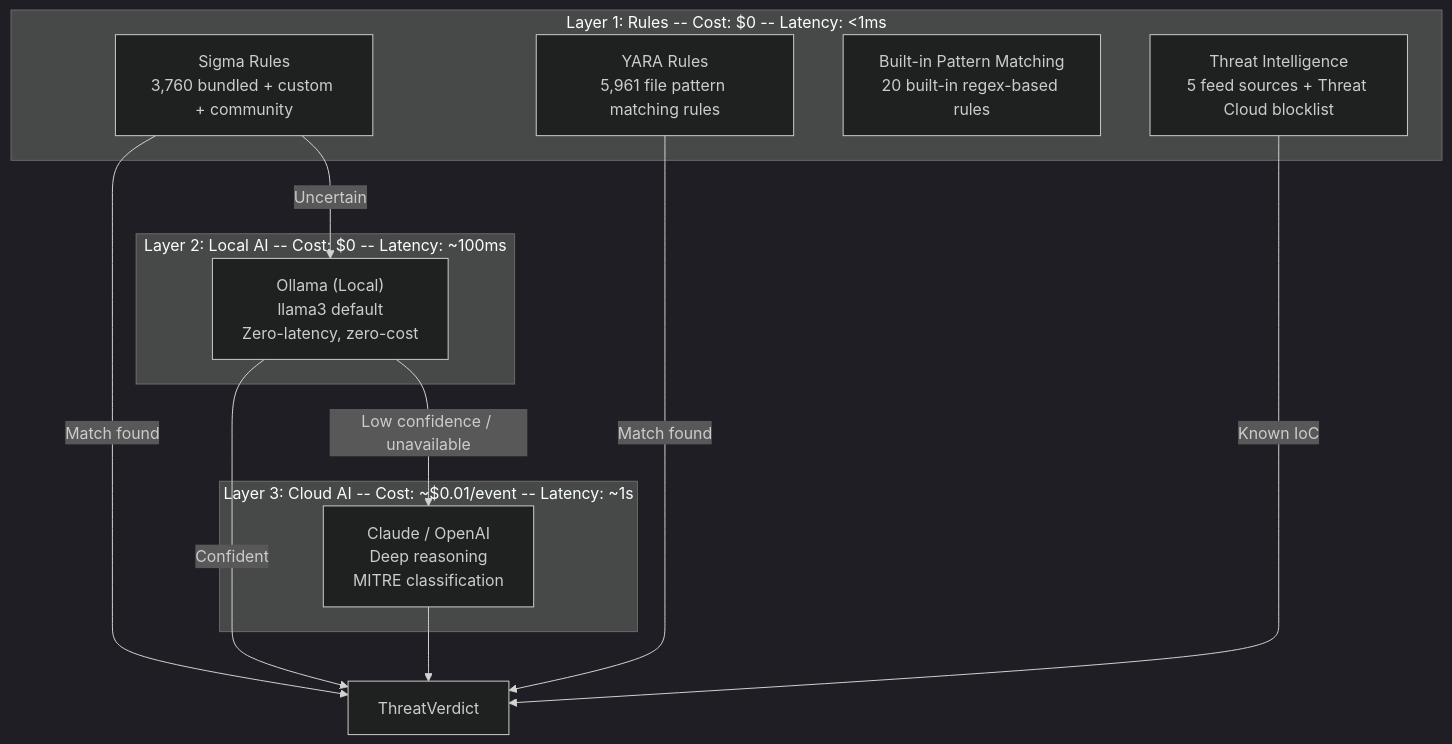
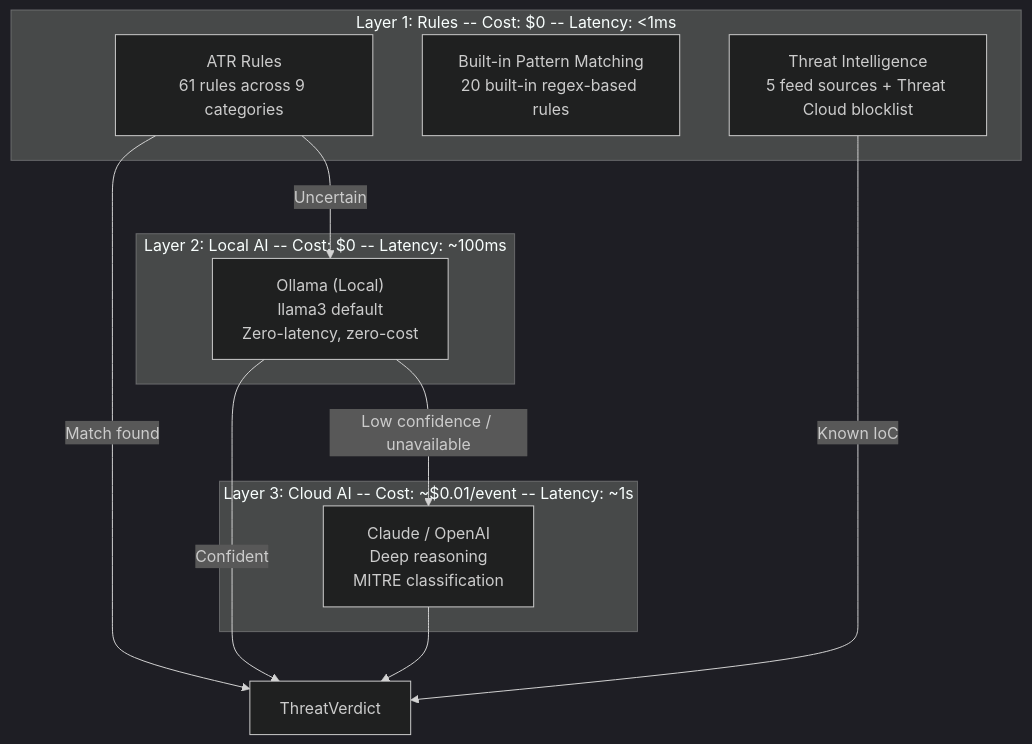
The fifth of 9 diagrams in docs/ARCHITECTURE.md (panguard-ai/panguard-ai), drawn with Mermaid (dark theme) before and after one commit. The commit also changed other lines of this file and 762 other files, not shown here.

First line of the commit message:
refactor: remove traditional security rules (Sigma/YARA/Falco/Suricata)

````diff
--- a/docs/ARCHITECTURE.md
+++ b/docs/ARCHITECTURE.md
@@ -303,26 +303,24 @@
 ```mermaid
 graph TB
     subgraph Layer1["Layer 1: Rules -- Cost: $0 -- Latency: <1ms"]
-        SIGMA["Sigma Rules<br/>3,760 bundled + custom + community"]
-        YARA["YARA Rules<br/>5,961 file pattern matching rules"]
+        ATR["ATR Rules<br/>61 rules across 9 categories"]
         BUILTIN["Built-in Pattern Matching<br/>20 built-in regex-based rules"]
         TI["Threat Intelligence<br/>5 feed sources + Threat Cloud blocklist"]
     end
 
     subgraph Layer2["Layer 2: Local AI -- Cost: $0 -- Latency: ~100ms"]
         OLLAMA["Ollama (Local)<br/>llama3 default<br/>Zero-latency, zero-cost"]
     end
 
     subgraph Layer3["Layer 3: Cloud AI -- Cost: ~$0.01/event -- Latency: ~1s"]
         CLOUD["Claude / OpenAI<br/>Deep reasoning<br/>MITRE classification"]
     end
 
-    SIGMA --> |"Match found"| VERDICT["ThreatVerdict"]
-    YARA --> |"Match found"| VERDICT
+    ATR --> |"Match found"| VERDICT["ThreatVerdict"]
     TI --> |"Known IoC"| VERDICT
 
-    SIGMA --> |"Uncertain"| OLLAMA
+    ATR --> |"Uncertain"| OLLAMA
     OLLAMA --> |"Confident"| VERDICT
     OLLAMA --> |"Low confidence / unavailable"| CLOUD
     CLOUD --> VERDICT
 ```
````
